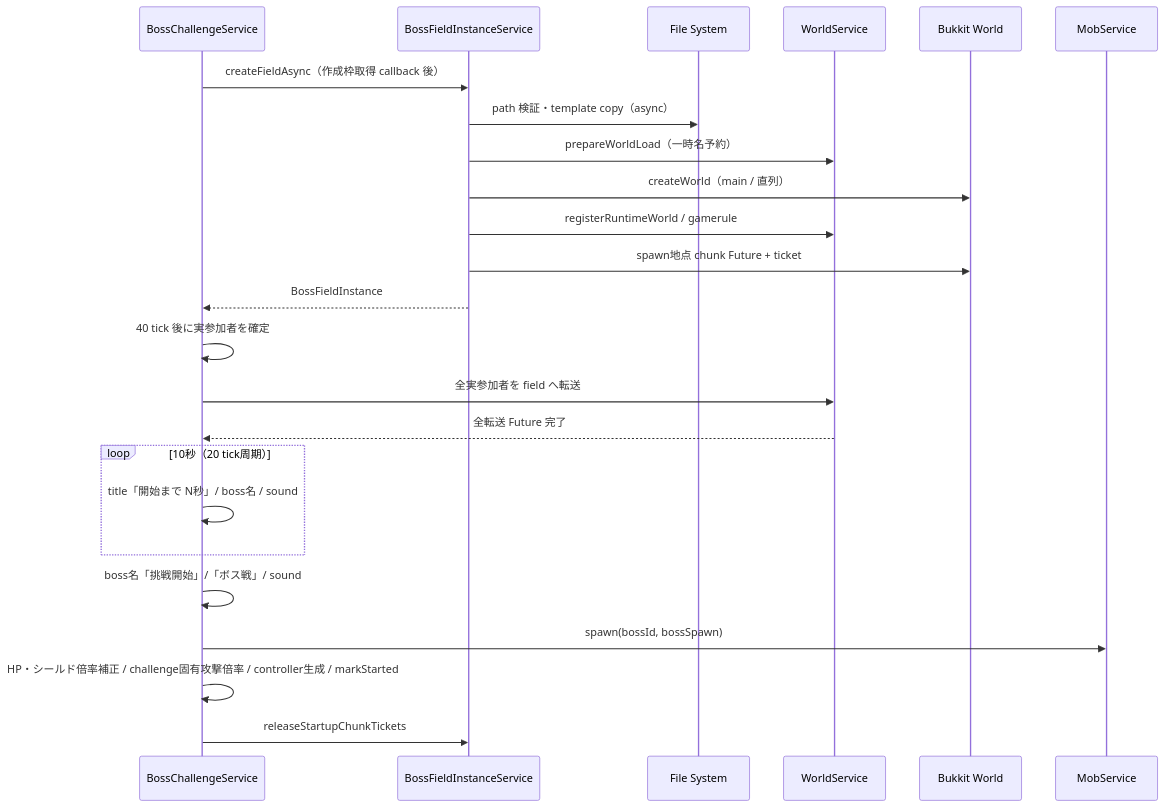
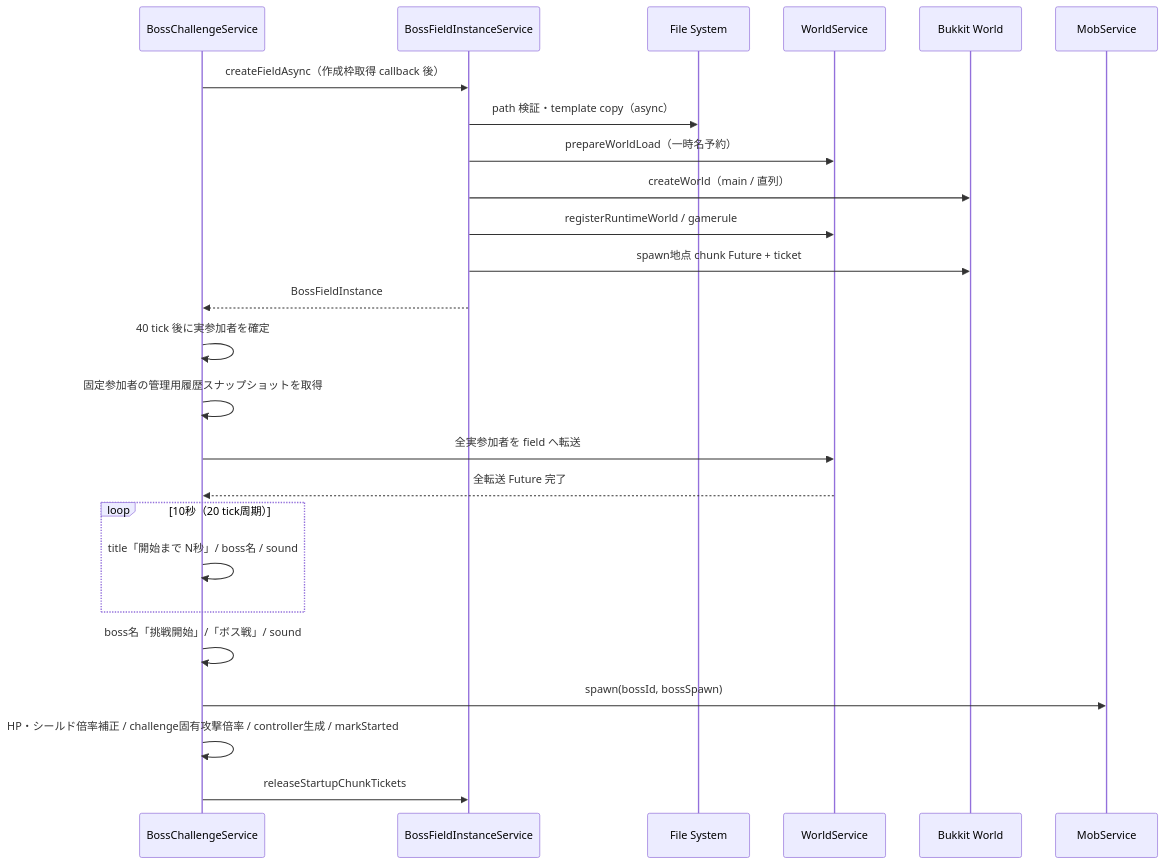
Before and after one commit to maaasu/AstralRecord-Workspace: the second of 6 diagrams in 00_docs/10_Plugin設計書/feature/26-boss/26_4-統合フロー.md, drawn with Mermaid. The commit also changed other lines of this file and 8 other files, not shown here.

````diff
--- a/00_docs/10_Plugin設計書/feature/26-boss/26_4-統合フロー.md
+++ b/00_docs/10_Plugin設計書/feature/26-boss/26_4-統合フロー.md
@@ -58,27 +58,28 @@
 ```mermaid
 sequenceDiagram
     participant B as BossChallengeService
     participant F as BossFieldInstanceService
     participant FS as File System
     participant WS as WorldService
     participant BW as Bukkit World
     participant M as MobService
 
     B->>F: createFieldAsync（作成枠取得 callback 後）
     F->>FS: path 検証・template copy（async）
     F->>WS: prepareWorldLoad（一時名予約）
     F->>BW: createWorld（main / 直列）
     F->>WS: registerRuntimeWorld / gamerule
     F->>BW: spawn地点 chunk Future + ticket
     F-->>B: BossFieldInstance
     B->>B: 40 tick 後に実参加者を確定
+    B->>B: 固定参加者の管理用履歴スナップショットを取得
     B->>WS: 全実参加者を field へ転送
     WS-->>B: 全転送 Future 完了
     loop 10秒（20 tick周期）
         B->>B: title「開始まで N秒」/ boss名 / sound
     end
     B->>B: boss名「挑戦開始」/「ボス戦」/ sound
     B->>M: spawn(bossId, bossSpawn)
     B->>B: HP・シールド倍率補正 / challenge固有攻撃倍率 / controller生成 / markStarted
     B->>F: releaseStartupChunkTickets
 ```
````
